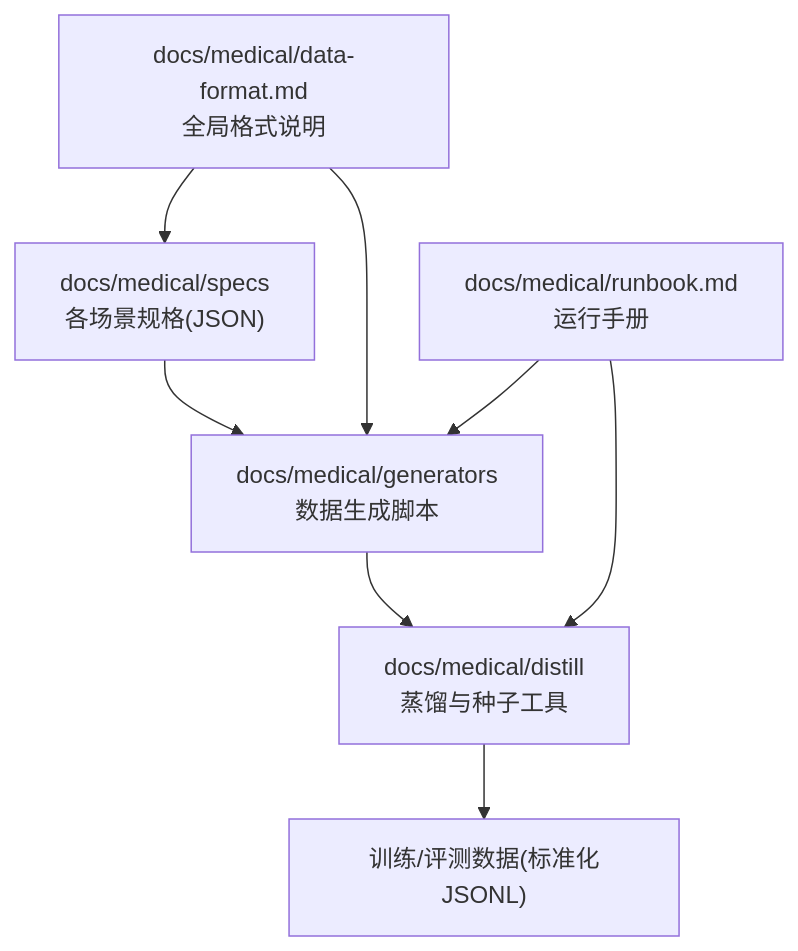
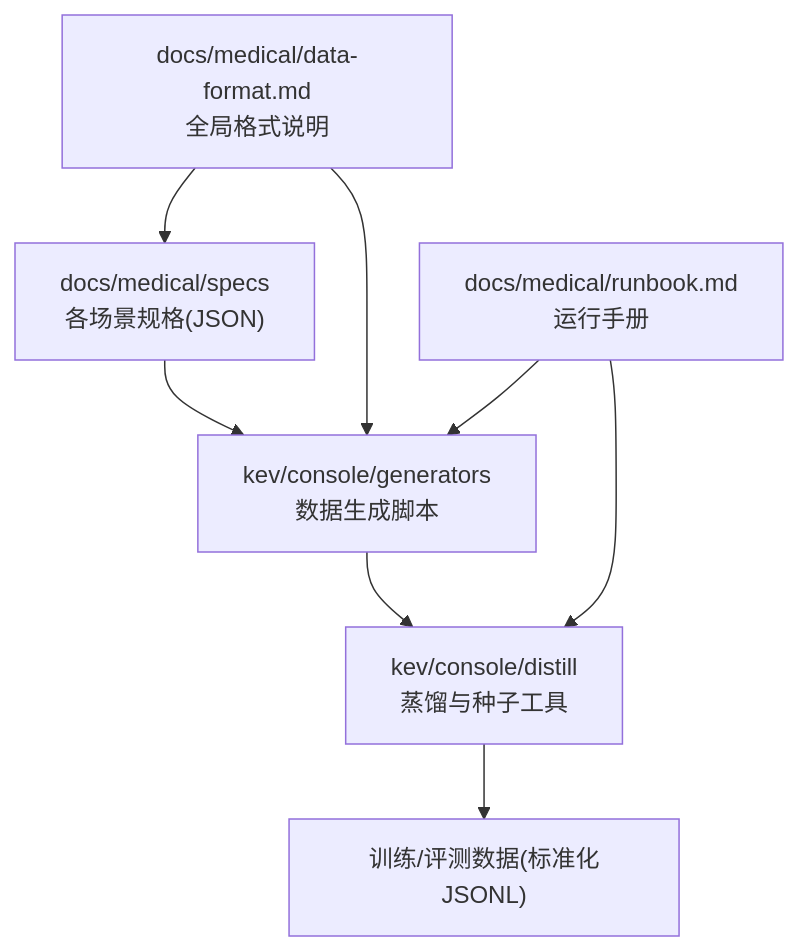
The first of 5 diagrams in .qoder/repowiki/zh/content/训练框架/数据准备/医疗数据格式规范.md (joezxh/kev), drawn with Mermaid before and after one commit. The commit also changed other lines of this file and 81 other files, not shown here.

````diff
--- a/.qoder/repowiki/zh/content/训练框架/数据准备/医疗数据格式规范.md
+++ b/.qoder/repowiki/zh/content/训练框架/数据准备/医疗数据格式规范.md
@@ -48,10 +48,10 @@
 ```mermaid
 graph TB
-A["docs/medical/specs<br/>各场景规格(JSON)"] --> B["docs/medical/generators<br/>数据生成脚本"]
-B --> C["docs/medical/distill<br/>蒸馏与种子工具"]
+A["docs/medical/specs<br/>各场景规格(JSON)"] --> B["kev/console/generators<br/>数据生成脚本"]
+B --> C["kev/console/distill<br/>蒸馏与种子工具"]
 C --> D["训练/评测数据(标准化JSONL)"]
 E["docs/medical/data-format.md<br/>全局格式说明"] --> A
 E --> B
 F["docs/medical/runbook.md<br/>运行手册"] --> B
 F --> C
 ```
````
